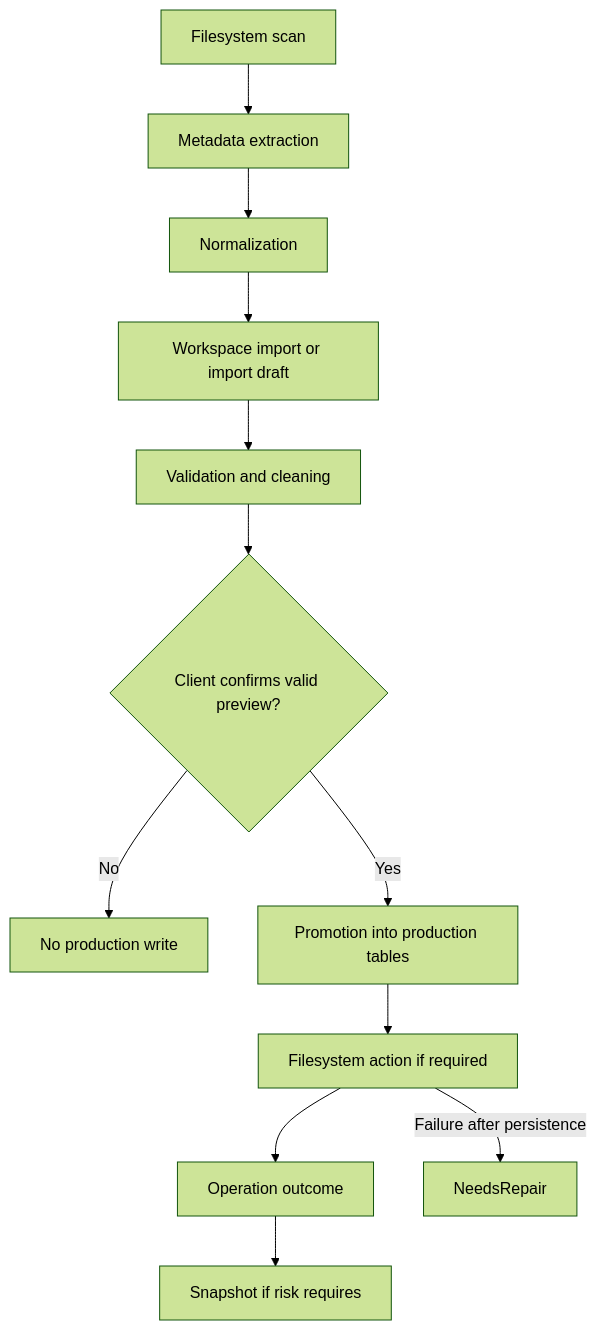
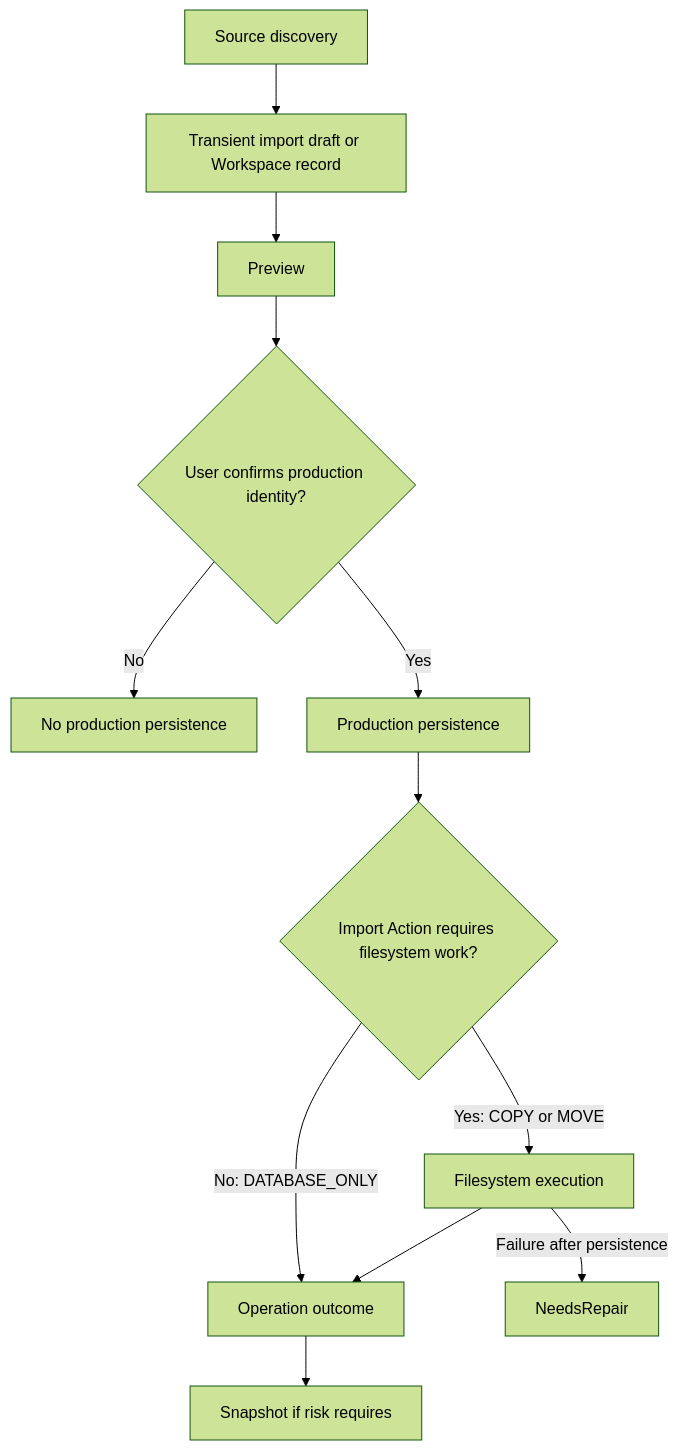
The diagram in Docs/Backend/Specifications/Import-Workflow.md (danielmeng1986/Curator), drawn with Mermaid (forest theme) before and after one commit. The commit also changed other lines of this file and 12 other files, not shown here.

````diff
--- a/Docs/Backend/Specifications/Import-Workflow.md
+++ b/Docs/Backend/Specifications/Import-Workflow.md
@@ -21,14 +24,14 @@
 ```mermaid
 flowchart TD
-    A[Filesystem scan] --> B[Metadata extraction]
-    B --> C[Normalization]
-    C --> D[Workspace import or import draft]
-    D --> E[Validation and cleaning]
-    E --> F{Client confirms valid preview?}
-    F -- No --> G[No production write]
-    F -- Yes --> H[Promotion into production tables]
-    H --> I[Filesystem action if required]
-    I --> J[Operation outcome]
-    J --> K[Snapshot if risk requires]
-    I -->|Failure after persistence| L[NeedsRepair]
+    A[Source discovery] --> B[Transient import draft or Workspace record]
+    B --> C[Preview]
+    C --> D{User confirms production identity?}
+    D -- No --> E[No production persistence]
+    D -- Yes --> F[Production persistence]
+    F --> G{Import Action requires filesystem work?}
+    G -- No: DATABASE_ONLY --> H[Operation outcome]
+    G -- Yes: COPY or MOVE --> I[Filesystem execution]
+    I --> H
+    I -->|Failure after persistence| J[NeedsRepair]
+    H --> K[Snapshot if risk requires]
 ```
````
